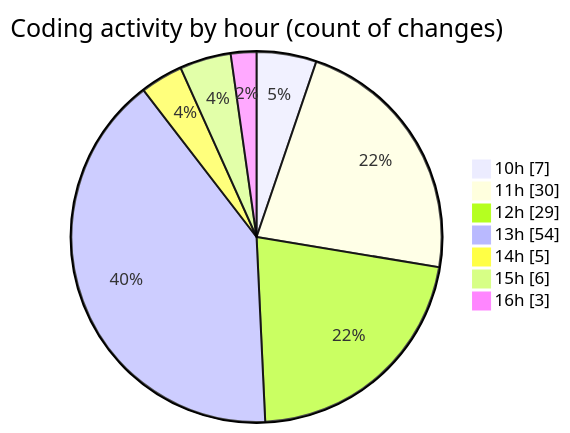
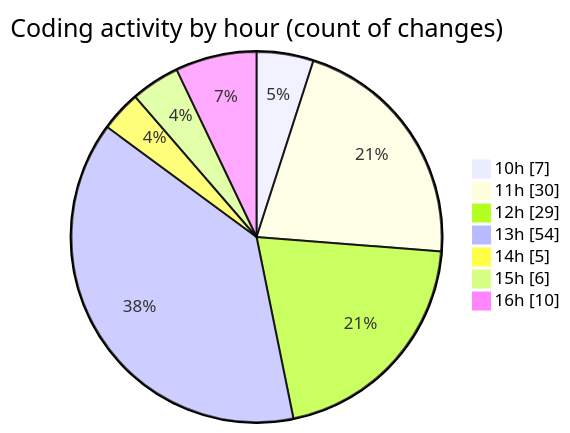
One commit to momahboobian/code-tracking changed the second of 2 diagrams in 2025-06-26/cda/README.md. Above: the diagram before and after it, drawn with Mermaid. The commit also changed other lines of this file and 1 other file, not shown here.

````diff
--- a/2025-06-26/cda/README.md
+++ b/2025-06-26/cda/README.md
@@ -41,11 +41,11 @@
 ```mermaid
 pie showData
 title Coding activity by hour (count of changes)
 "10h" : 7
 "11h" : 30
 "12h" : 29
 "13h" : 54
 "14h" : 5
 "15h" : 6
-"16h" : 3
+"16h" : 10
 ```
````
